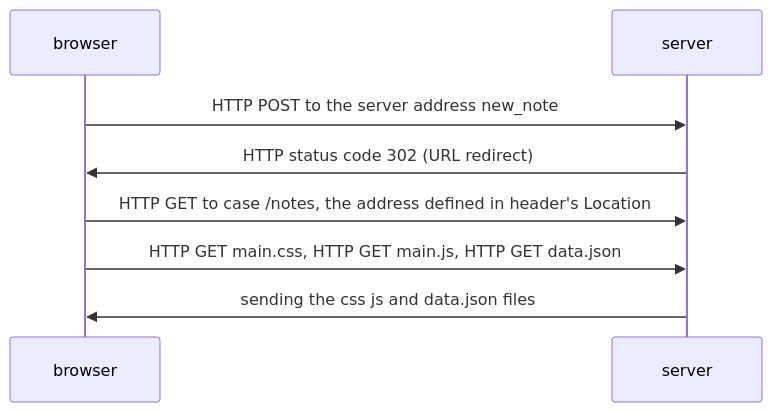
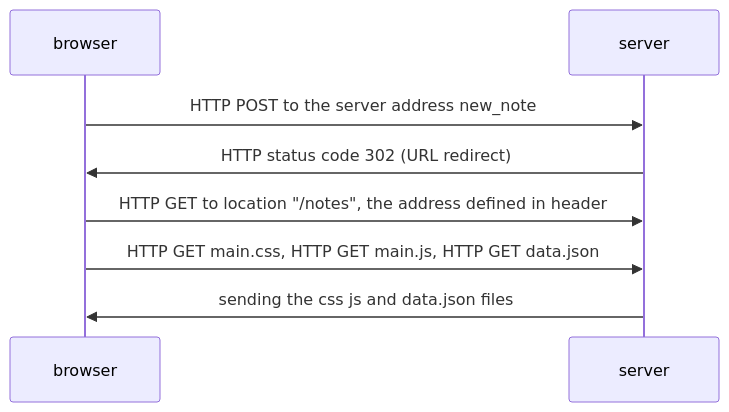
The diagram in newnote.md (Tjkallio1/Fullstack-Mooc), drawn with Mermaid before and after one commit.

Commit message:
Päivitystä

````diff
--- a/newnote.md
+++ b/newnote.md
@@ -4,13 +4,13 @@
 ```mermaid
 sequenceDiagram
     participant browser
     participant server
     
     browser->>server: HTTP POST to the server address new_note
     server->>browser: HTTP status code 302 (URL redirect)
     
-    browser->>server: HTTP GET to case /notes, the address defined in header's Location
+    browser->>server: HTTP GET to  location "/notes", the address defined in header
     
     browser->>server: HTTP GET main.css, HTTP GET main.js, HTTP GET data.json 
     server->>browser: sending the css js and data.json files
 ```
````
